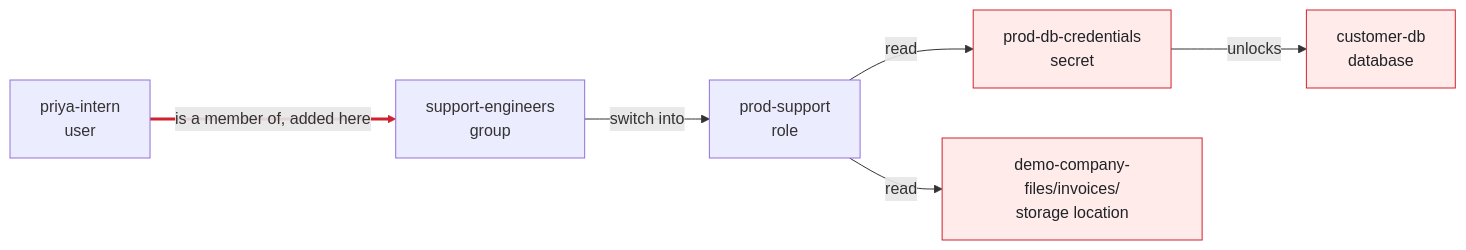
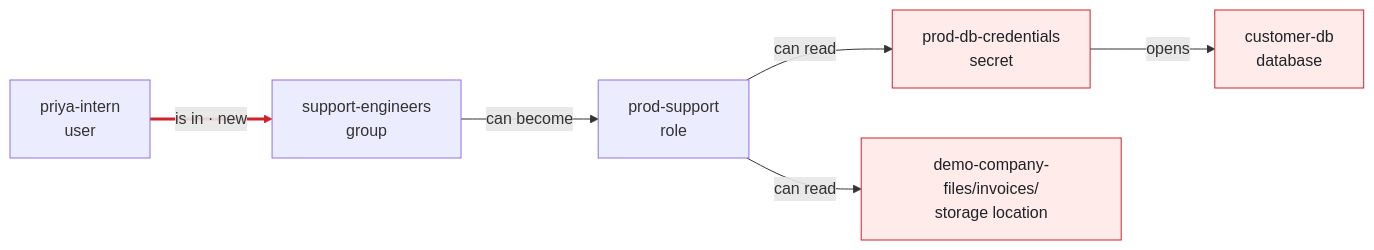
One commit to AjinkyaTaranekar/theseus changed the diagram in tests/unit/snapshots/render/suspicious.md. Above: the diagram before and after it, drawn with Mermaid. The commit also changed other lines of this file and 19 other files, not shown here.

````diff
--- a/tests/unit/snapshots/render/suspicious.md
+++ b/tests/unit/snapshots/render/suspicious.md
@@ -13,17 +13,17 @@
 ```mermaid
 flowchart LR
   n1["priya-intern<br/>user"]
   n2["support-engineers<br/>group"]
   n3["prod-support<br/>role"]
   n4["prod-db-credentials<br/>secret"]
   n5["customer-db<br/>database"]
   n6["demo-company-files/invoices/<br/>storage location"]
-  n1 -->|"is a member of, added here"| n2
-  n2 -->|"switch into"| n3
-  n3 -->|"read"| n4
-  n4 -->|"unlocks"| n5
-  n3 -->|"read"| n6
+  n1 -->|"is in · new"| n2
+  n2 -->|"can become"| n3
+  n3 -->|"can read"| n4
+  n4 -->|"opens"| n5
+  n3 -->|"can read"| n6
   classDef sensitive fill:#ffebe9,stroke:#cf222e,color:#1f2328
   class n4,n5,n6 sensitive
   linkStyle 0 stroke:#cf222e,stroke-width:3px
 ```
````
